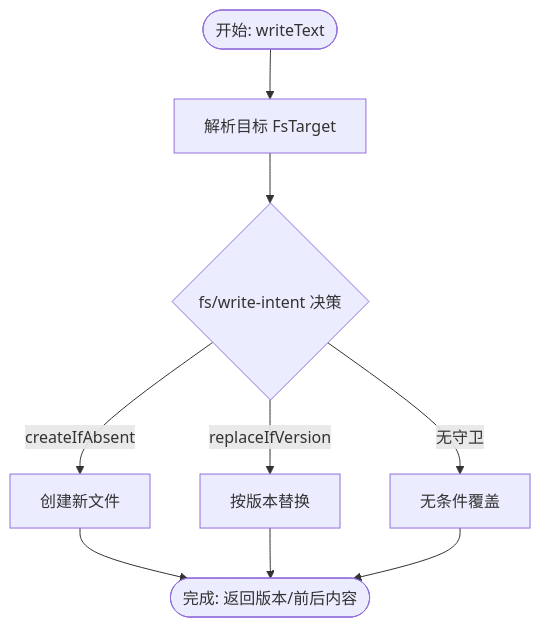
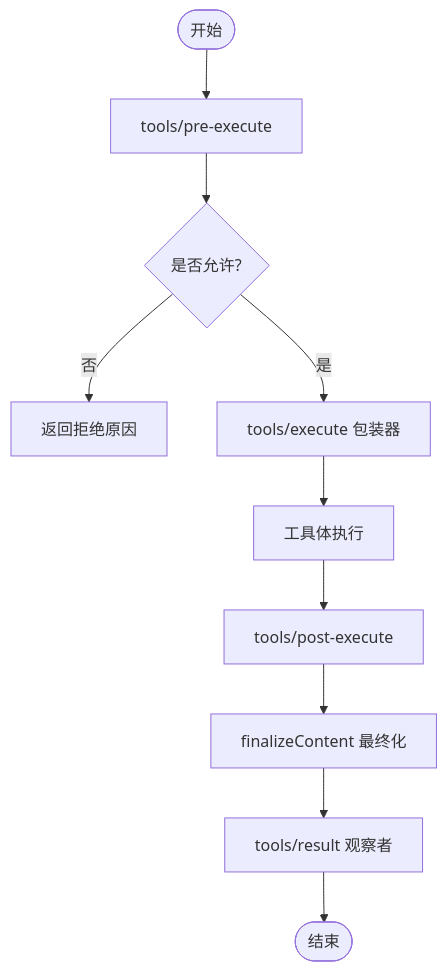
One commit to gongzili456/deepseek-harness changed the third of 9 diagrams in .qoder/repowiki/zh/content/架构设计/扩展点设计/扩展点设计.md. Above: the diagram before and after it, drawn with Mermaid. The commit also changed other lines of this file and 1001 other files, not shown here.

````diff
--- a/.qoder/repowiki/zh/content/架构设计/扩展点设计/扩展点设计.md
+++ b/.qoder/repowiki/zh/content/架构设计/扩展点设计/扩展点设计.md
@@ -207,11 +134,12 @@
 ```mermaid
 flowchart TD
-Start(["开始: writeText"]) --> Resolve["解析目标 FsTarget"]
-Resolve --> Intent{"fs/write-intent 决策"}
-Intent --> |createIfAbsent| Create["创建新文件"]
-Intent --> |replaceIfVersion| Replace["按版本替换"]
-Intent --> |无守卫| Bare["无条件覆盖"]
-Create --> Done(["完成: 返回版本/前后内容"])
-Replace --> Done
-Bare --> Done
+Start(["开始"]) --> Pre["tools/pre-execute"]
+Pre --> Guard{"是否允许?"}
+Guard -- 否 --> Deny["返回拒绝原因"]
+Guard -- 是 --> Exec["tools/execute 包装器"]
+Exec --> Body["工具体执行"]
+Body --> Post["tools/post-execute"]
+Post --> Finalize["finalizeContent 最终化"]
+Finalize --> Result["tools/result 观察者"]
+Result --> End(["结束"])
 ```
````
